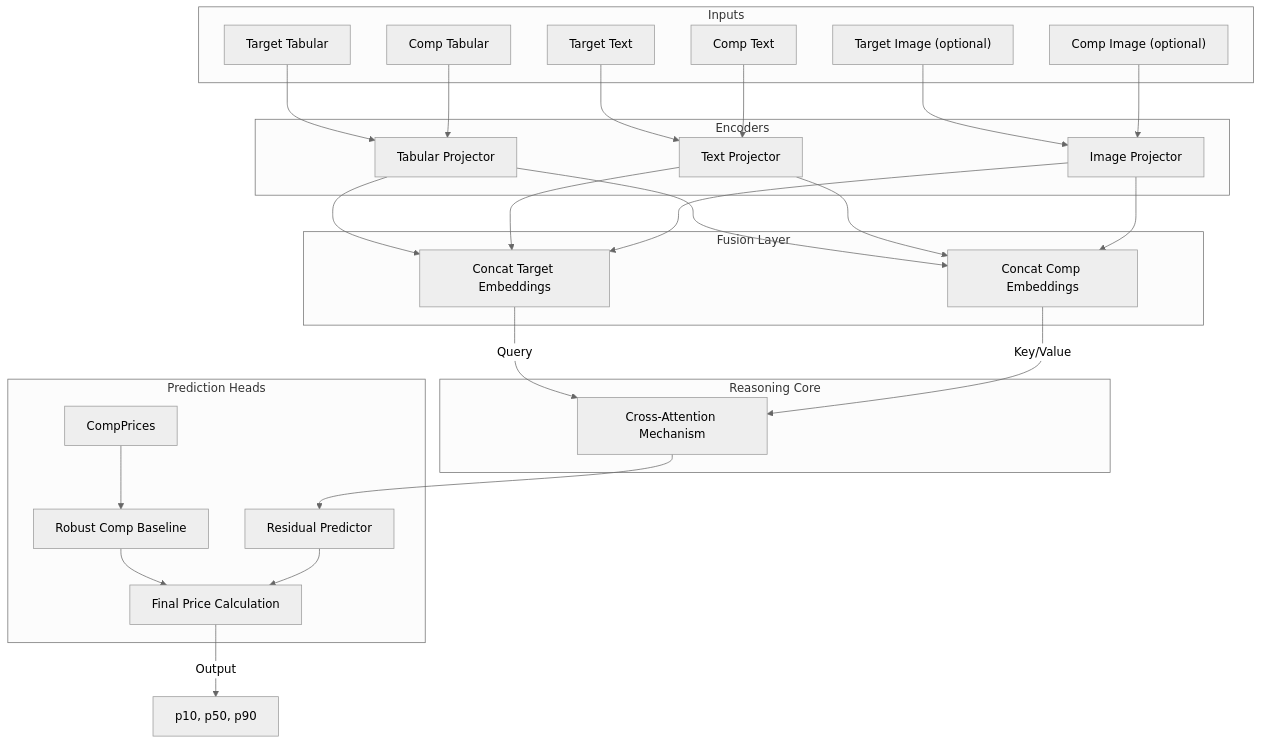
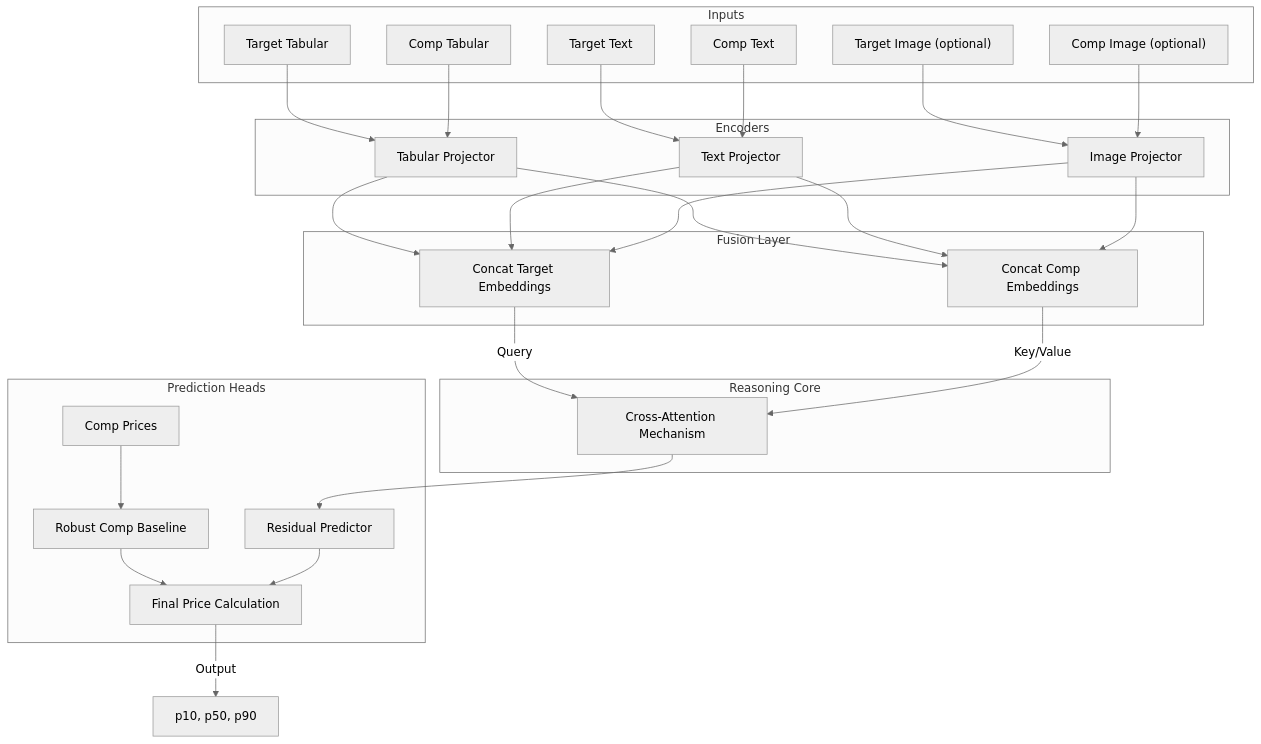
Before and after one commit to Nirtzur0/PropertyScanner: the first of 2 diagrams in docs/03_model_architecture.md, drawn with Mermaid (neutral theme). The commit also changed other lines of this file and 28 other files, not shown here.

Commit message:
docs: Update architecture, pipeline, and model documentation + Refactor services to use Repositories

````diff
--- a/docs/03_model_architecture.md
+++ b/docs/03_model_architecture.md
@@ -7,51 +7,51 @@
 ```mermaid
 graph TD
     subgraph "Inputs"
         T_Tab["Target Tabular"]
         T_Txt["Target Text"]
         T_Img["Target Image (optional)"]
         C_Tab["Comp Tabular"]
         C_Txt["Comp Text"]
         C_Img["Comp Image (optional)"]
     end
 
     subgraph "Encoders"
         MLP1["Tabular Projector"]
         MLP2["Text Projector"]
         MLP3["Image Projector"]
     end
 
     T_Tab --> MLP1
     T_Txt --> MLP2
     T_Img --> MLP3
     C_Tab --> MLP1
     C_Txt --> MLP2
     C_Img --> MLP3
 
     subgraph "Fusion Layer"
         Concat_T["Concat Target Embeddings"]
         Concat_C["Concat Comp Embeddings"]
     end
 
     MLP1 & MLP2 & MLP3 --> Concat_T
     MLP1 & MLP2 & MLP3 --> Concat_C
 
     subgraph "Reasoning Core"
         Attn["Cross-Attention Mechanism"]
         Concat_T -->|Query| Attn
-        Concat_C -->|"Key/Value"| Attn
+        Concat_C -->|Key/Value| Attn
     end
 
     subgraph "Prediction Heads"
         Res["Residual Predictor"]
         Attn --> Res
-        
+
         Final["Final Price Calculation"]
         Baseline["Robust Comp Baseline"]
-        CompPrices --> Baseline
+        CompPrices["Comp Prices"] --> Baseline
         Baseline --> Final
         Res --> Final
     end
 
     Final -->|Output| Quantiles["p10, p50, p90"]
 ```
````
